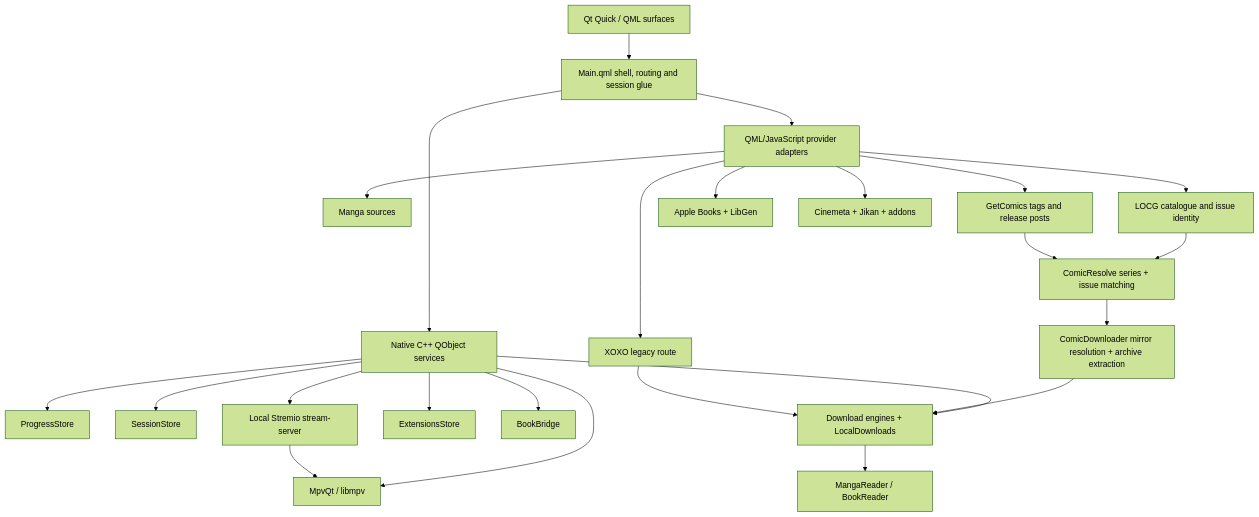
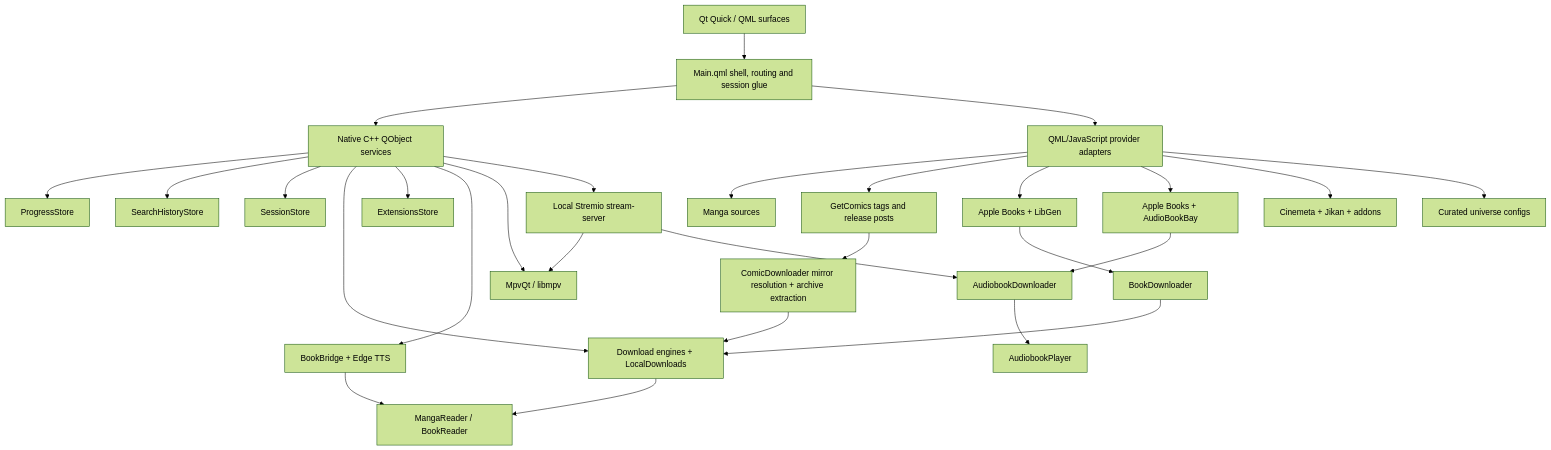
The diagram in README.md (kingoftheseas56/Colosseum), drawn with Mermaid (forest theme) before and after one commit. The commit also changed other lines of this file, not shown here.

````diff
--- a/README.md
+++ b/README.md
@@ -280,32 +316,36 @@
 ```mermaid
 flowchart TB
     UI[Qt Quick / QML surfaces]
     Shell[Main.qml shell, routing and session glue]
 
     UI --> Shell
     Shell --> Native[Native C++ QObject services]
     Shell --> Providers[QML/JavaScript provider adapters]
 
     Native --> Progress[ProgressStore]
+    Native --> SearchHistory[SearchHistoryStore]
     Native --> Sessions[SessionStore]
     Native --> Downloads[Download engines + LocalDownloads]
     Native --> Extensions[ExtensionsStore]
-    Native --> BookBridge[BookBridge]
+    Native --> BookBridge[BookBridge + Edge TTS]
     Native --> Player[MpvQt / libmpv]
     Native --> StreamServer[Local Stremio stream-server]
 
     Providers --> Manga[Manga sources]
-    Providers --> ComicsCatalog[LOCG catalogue and issue identity]
     Providers --> GetComics[GetComics tags and release posts]
-    Providers --> LegacyXoxo[XOXO legacy route]
     Providers --> Books[Apple Books + LibGen]
+    Providers --> Audiobooks[Apple Books + AudioBookBay]
     Providers --> Theatre[Cinemeta + Jikan + addons]
+    Providers --> Universes[Curated universe configs]
 
-    ComicsCatalog --> Attach[ComicResolve series + issue matching]
-    GetComics --> Attach
-    Attach --> ComicDownloader[ComicDownloader mirror resolution + archive extraction]
+    GetComics --> ComicDownloader[ComicDownloader mirror resolution + archive extraction]
+    Books --> BookDownloader[BookDownloader]
+    Audiobooks --> AudiobookDownloader[AudiobookDownloader]
+    StreamServer --> Player
+    StreamServer --> AudiobookDownloader
     ComicDownloader --> Downloads
-    LegacyXoxo --> Downloads
-    StreamServer --> Player
+    BookDownloader --> Downloads
     Downloads --> Readers[MangaReader / BookReader]
+    AudiobookDownloader --> AudioPlayer[AudiobookPlayer]
+    BookBridge --> Readers
 ```
````
